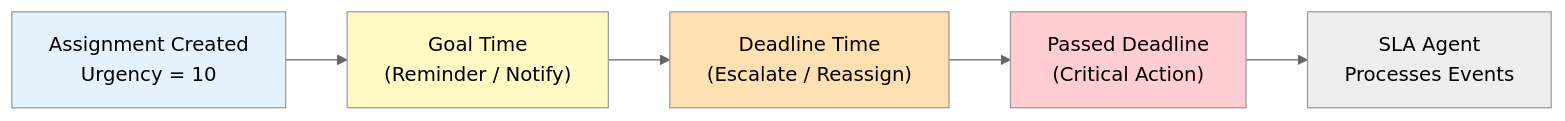
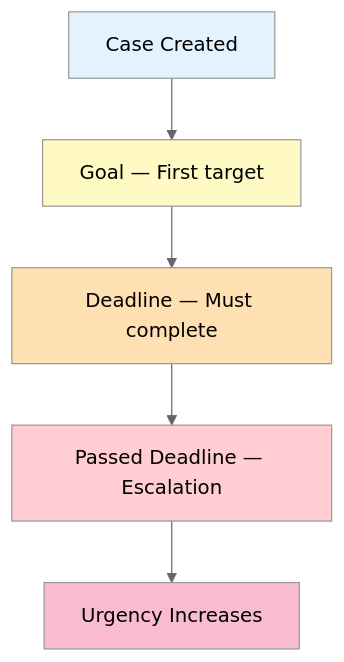
One commit to pratham-vishk/pega-interview-romance-guide changed the diagram in pega-interview-prep/diagrams/08-sla-timeline.mmd. Above: the diagram before and after it, drawn with Mermaid (neutral theme). The commit also changed 46 other files, not shown here.

First line of the commit message:
Ultra comprehensive edition: expand all 473 subtopics, fix diagram page-fit

```diff
--- a/pega-interview-prep/diagrams/08-sla-timeline.mmd
+++ b/pega-interview-prep/diagrams/08-sla-timeline.mmd
@@ -1,10 +1,11 @@
-flowchart LR
-    A["Assignment Created\nUrgency = 10"] --> B["Goal Time\n(Reminder / Notify)"]
-    B --> C["Deadline Time\n(Escalate / Reassign)"]
-    C --> D["Passed Deadline\n(Critical Action)"]
-    D --> E["SLA Agent\nProcesses Events"]
+flowchart TD
+    C["Case Created"] --> G["Goal — First target"]
+    G --> D["Deadline — Must complete"]
+    D --> P["Passed Deadline — Escalation"]
+    P --> U["Urgency Increases"]
 
-    style A fill:#e3f2fd
-    style B fill:#fff9c4
-    style C fill:#ffe0b2
-    style D fill:#ffcdd2
+    style C fill:#e3f2fd
+    style G fill:#fff9c4
+    style D fill:#ffe0b2
+    style P fill:#ffcdd2
+    style U fill:#f8bbd0
```
